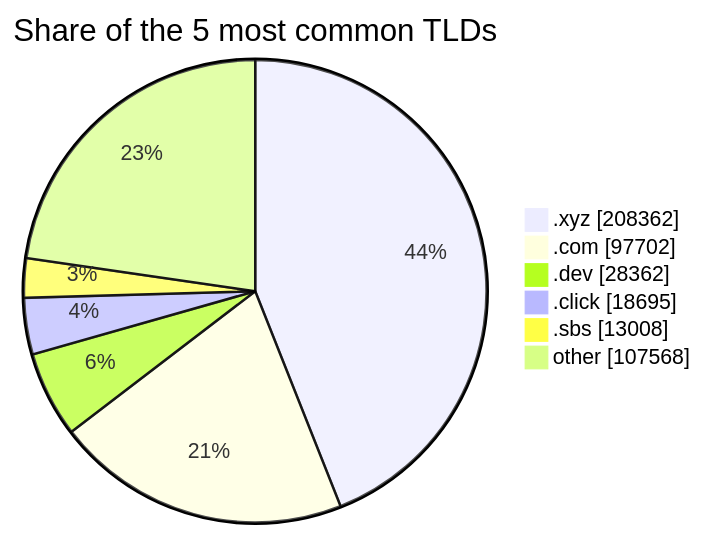
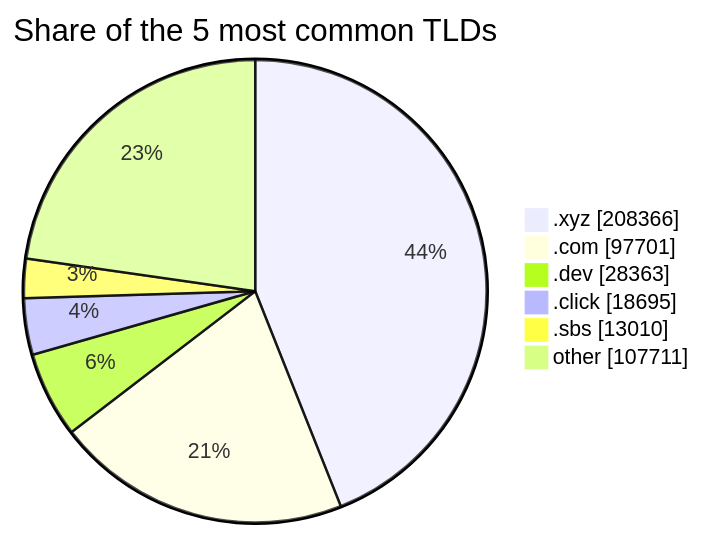
The second of 2 diagrams in README.md (DNSBunker/CTI), drawn with Mermaid before and after one commit. The commit also changed other lines of this file and 3 other files, not shown here.

````diff
--- a/README.md
+++ b/README.md
@@ -72,9 +72,9 @@
 ```mermaid
 pie showData title Share of the 5 most common TLDs
-    ".xyz" : 208362
-    ".com" : 97702
-    ".dev" : 28362
+    ".xyz" : 208366
+    ".com" : 97701
+    ".dev" : 28363
     ".click" : 18695
-    ".sbs" : 13008
-    "other" : 107568
+    ".sbs" : 13010
+    "other" : 107711
 ```
````
